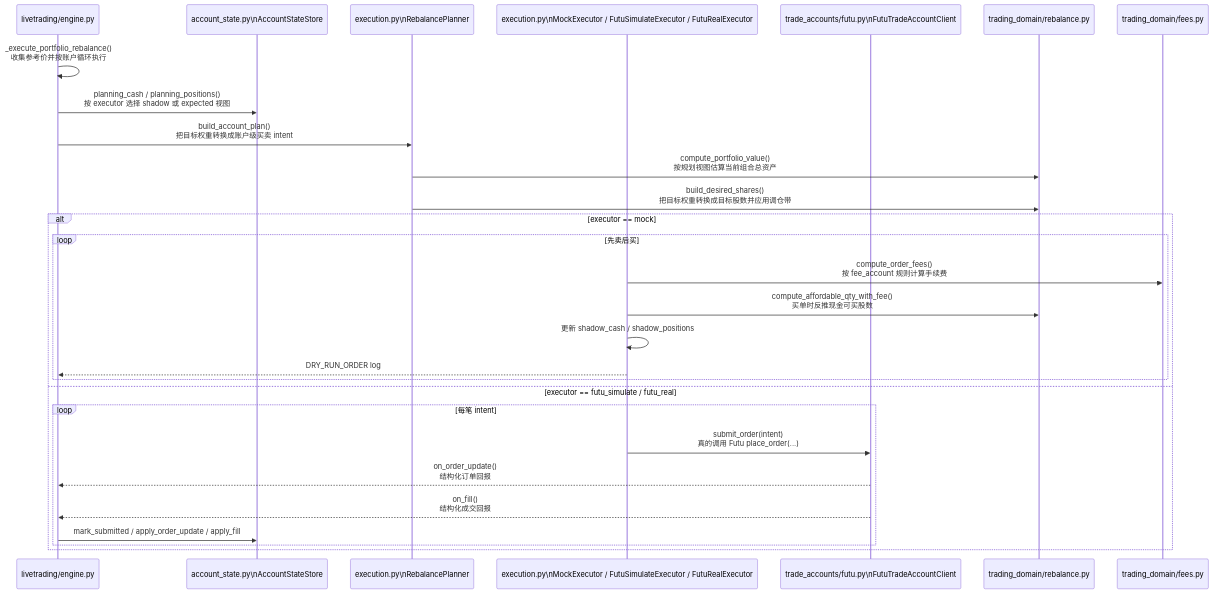
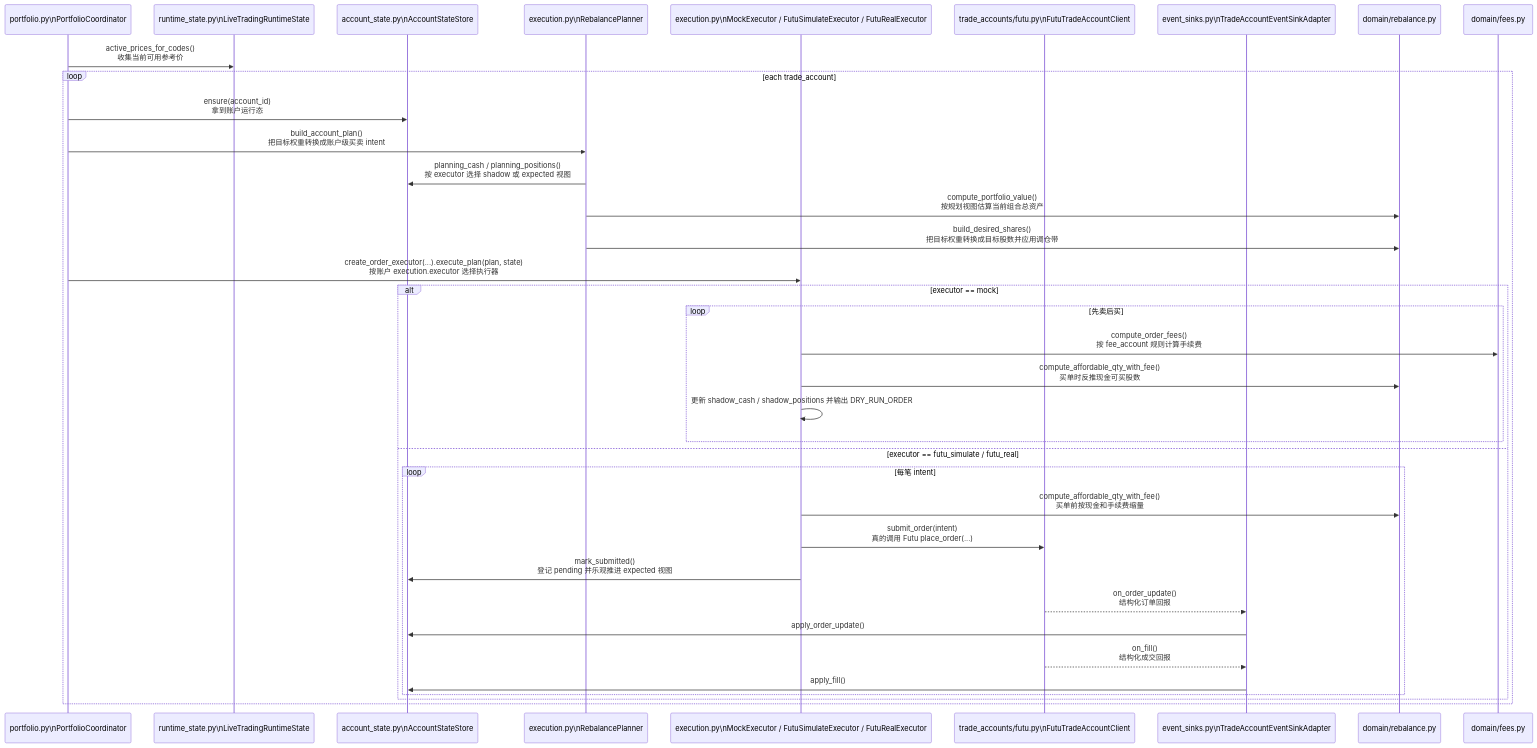
Before and after one commit to hangchow/backtest: the seventh of 7 diagrams in docs/README_livetrading_sequence.md, drawn with Mermaid. The commit also changed other lines of this file and 12 other files, not shown here.

Commit message:
Rename trading domain package to domain

````diff
--- a/docs/README_livetrading_sequence.md
+++ b/docs/README_livetrading_sequence.md
@@ -295,32 +310,40 @@
 ```mermaid
 sequenceDiagram
-    participant ENG as livetrading/engine.py
+    participant PC as portfolio.py\nPortfolioCoordinator
+    participant RST as runtime_state.py\nLiveTradingRuntimeState
     participant STORE as account_state.py\nAccountStateStore
     participant PLAN as execution.py\nRebalancePlanner
     participant EXE as execution.py\nMockExecutor / FutuSimulateExecutor / FutuRealExecutor
     participant TAC as trade_accounts/futu.py\nFutuTradeAccountClient
-    participant RB as trading_domain/rebalance.py
-    participant FEE as trading_domain/fees.py
+    participant TS as event_sinks.py\nTradeAccountEventSinkAdapter
+    participant RB as domain/rebalance.py
+    participant FEE as domain/fees.py
 
-    ENG->>ENG: _execute_portfolio_rebalance()<br/>收集参考价并按账户循环执行
-    ENG->>STORE: planning_cash / planning_positions()<br/>按 executor 选择 shadow 或 expected 视图
-    ENG->>PLAN: build_account_plan()<br/>把目标权重转换成账户级买卖 intent
-    PLAN->>RB: compute_portfolio_value()<br/>按规划视图估算当前组合总资产
-    PLAN->>RB: build_desired_shares()<br/>把目标权重转换成目标股数并应用调仓带
+    PC->>RST: active_prices_for_codes()<br/>收集当前可用参考价
+    loop each trade_account
+        PC->>STORE: ensure(account_id)<br/>拿到账户运行态
+        PC->>PLAN: build_account_plan()<br/>把目标权重转换成账户级买卖 intent
+        PLAN->>STORE: planning_cash / planning_positions()<br/>按 executor 选择 shadow 或 expected 视图
+        PLAN->>RB: compute_portfolio_value()<br/>按规划视图估算当前组合总资产
+        PLAN->>RB: build_desired_shares()<br/>把目标权重转换成目标股数并应用调仓带
+        PC->>EXE: create_order_executor(...).execute_plan(plan, state)<br/>按账户 execution.executor 选择执行器
 
-    alt executor == mock
-        loop 先卖后买
-            EXE->>FEE: compute_order_fees()<br/>按 fee_account 规则计算手续费
-            EXE->>RB: compute_affordable_qty_with_fee()<br/>买单时反推现金可买股数
-            EXE->>EXE: 更新 shadow_cash / shadow_positions
-            EXE-->>ENG: DRY_RUN_ORDER log
-        end
-    else executor == futu_simulate / futu_real
-        loop 每笔 intent
-            EXE->>TAC: submit_order(intent)<br/>真的调用 Futu place_order(...)
-            TAC-->>ENG: on_order_update()<br/>结构化订单回报
-            TAC-->>ENG: on_fill()<br/>结构化成交回报
-            ENG->>STORE: mark_submitted / apply_order_update / apply_fill
+        alt executor == mock
+            loop 先卖后买
+                EXE->>FEE: compute_order_fees()<br/>按 fee_account 规则计算手续费
+                EXE->>RB: compute_affordable_qty_with_fee()<br/>买单时反推现金可买股数
+                EXE->>EXE: 更新 shadow_cash / shadow_positions 并输出 DRY_RUN_ORDER
+            end
+        else executor == futu_simulate / futu_real
+            loop 每笔 intent
+                EXE->>RB: compute_affordable_qty_with_fee()<br/>买单前按现金和手续费缩量
+                EXE->>TAC: submit_order(intent)<br/>真的调用 Futu place_order(...)
+                EXE->>STORE: mark_submitted()<br/>登记 pending 并乐观推进 expected 视图
+                TAC-->>TS: on_order_update()<br/>结构化订单回报
+                TS->>STORE: apply_order_update()
+                TAC-->>TS: on_fill()<br/>结构化成交回报
+                TS->>STORE: apply_fill()
+            end
         end
     end
 ```
````
